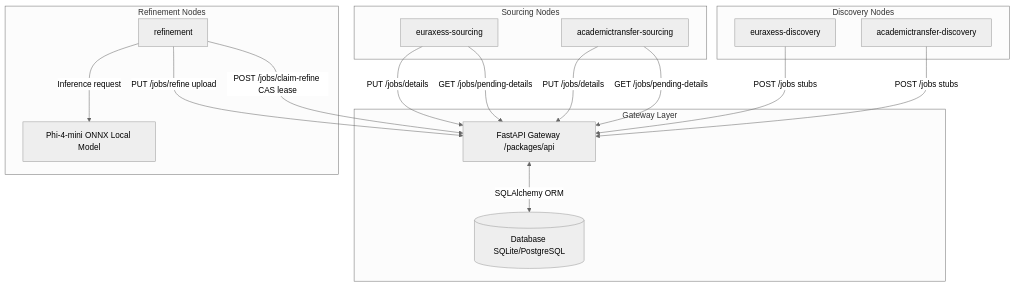
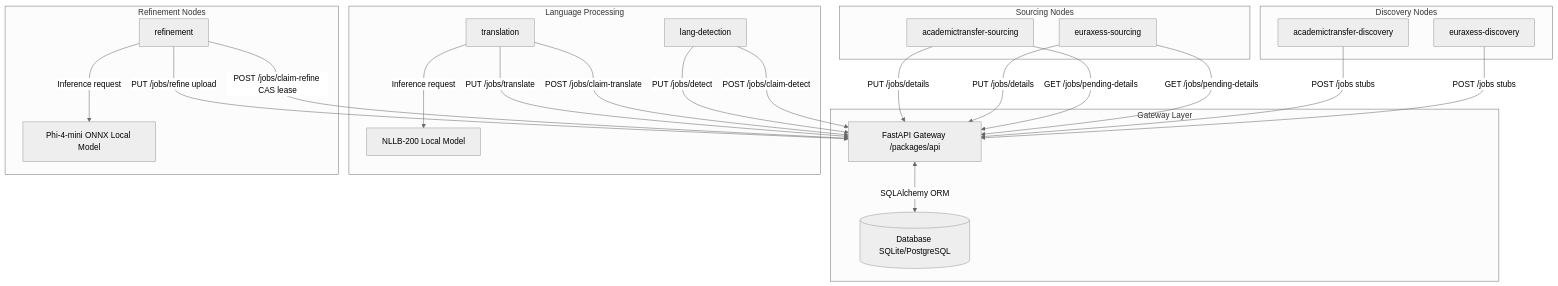
Before and after one commit to drLacheheb/academix: the first of 2 diagrams in README.md, drawn with Mermaid (neutral theme). The commit also changed other lines of this file and 3 other files, not shown here.

````diff
--- a/README.md
+++ b/README.md
@@ -110,35 +117,48 @@
 ```mermaid
 graph TD
     subgraph Discovery Nodes
         ED[euraxess-discovery]
         ATD[academictransfer-discovery]
     end
 
     subgraph Sourcing Nodes
         ES[euraxess-sourcing]
         ATS[academictransfer-sourcing]
     end
 
     subgraph Gateway Layer
         API[FastAPI Gateway /packages/api]
         DB[(Database SQLite/PostgreSQL)]
     end
 
+    subgraph Language Processing
+        LD[lang-detection]
+        Trans[translation]
+        NLLB[NLLB-200 Local Model]
+    end
+
     subgraph Refinement Nodes
         Refine[refinement]
         ONNX[Phi-4-mini ONNX Local Model]
     end
 
     ED -->|POST /jobs stubs| API
     ATD -->|POST /jobs stubs| API
 
     ES -->|GET /jobs/pending-details| API
     ATS -->|GET /jobs/pending-details| API
     ES -->|PUT /jobs/details| API
     ATS -->|PUT /jobs/details| API
 
+    LD -->|POST /jobs/claim-detect| API
+    LD -->|PUT /jobs/detect| API
+
+    Trans -->|POST /jobs/claim-translate| API
+    Trans -->|PUT /jobs/translate| API
+    Trans -->|Inference request| NLLB
+
     Refine -->|POST /jobs/claim-refine CAS lease| API
     Refine -->|PUT /jobs/refine upload| API
     Refine -->|Inference request| ONNX
     API <-->|SQLAlchemy ORM| DB
 ```
````
